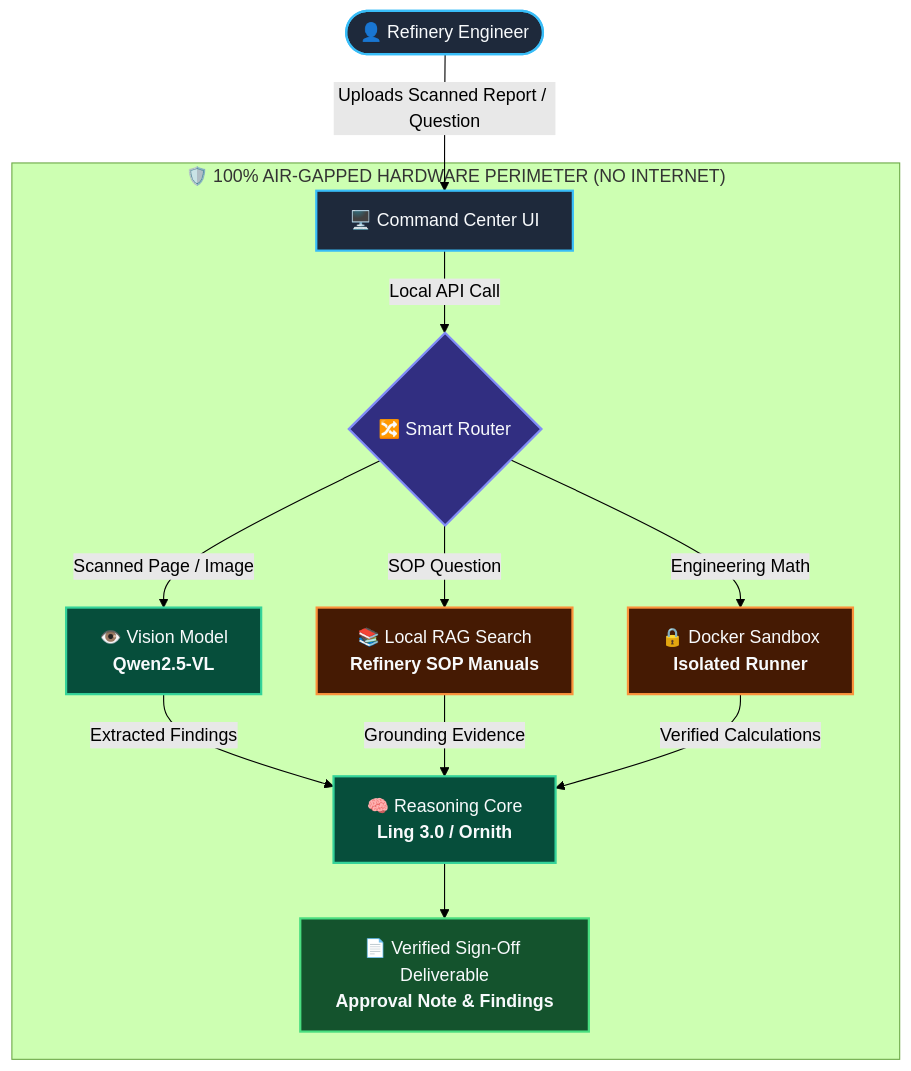
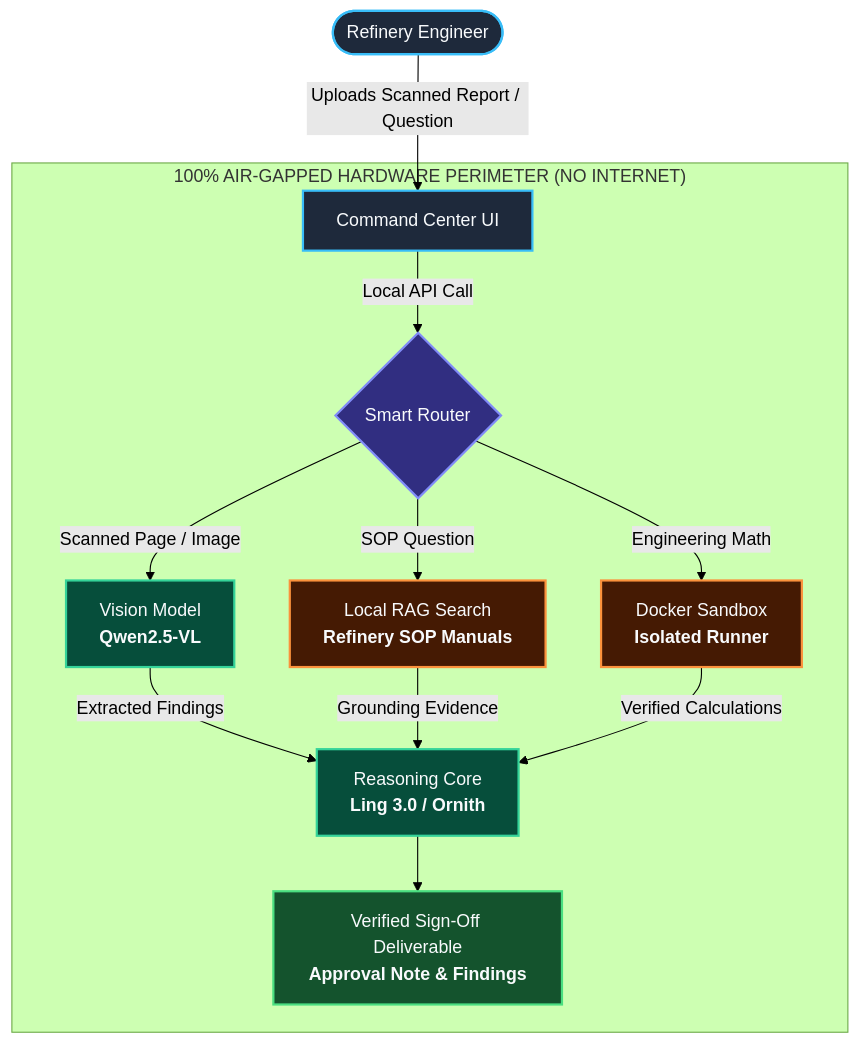
One commit to mevarx/SIH26117 changed the diagram in README.md. Above: the diagram before and after it, drawn with Mermaid (forest theme). The commit also changed other lines of this file, not shown here.

````diff
--- a/README.md
+++ b/README.md
@@ -22,35 +22,35 @@
 ```mermaid
 flowchart TD
     classDef input fill:#1e293b,stroke:#38bdf8,stroke-width:2px,color:#f8fafc;
     classDef router fill:#312e81,stroke:#818cf8,stroke-width:2px,color:#f8fafc;
     classDef model fill:#064e3b,stroke:#34d399,stroke-width:2px,color:#f8fafc;
     classDef tool fill:#451a03,stroke:#fb923c,stroke-width:2px,color:#f8fafc;
     classDef output fill:#14532d,stroke:#4ade80,stroke-width:2px,color:#f8fafc;
 
-    User([👤 Refinery Engineer]):::input -->|Uploads Scanned Report / Question| WebUI[🖥️ Command Center UI]:::input
-    WebUI -->|Local API Call| Router{🔀 Smart Router}:::router
+    User([Refinery Engineer]):::input -->|Uploads Scanned Report / Question| WebUI[Command Center UI]:::input
+    WebUI -->|Local API Call| Router{Smart Router}:::router
 
     %% Capabilities
-    Router -->|Scanned Page / Image| Vision["👁️ Vision Model<br/><b>Qwen2.5-VL</b>"]:::model
-    Router -->|SOP Question| RAG["📚 Local RAG Search<br/><b>Refinery SOP Manuals</b>"]:::tool
-    Router -->|Engineering Math| Sandbox["🔒 Docker Sandbox<br/><b>Isolated Runner</b>"]:::tool
+    Router -->|Scanned Page / Image| Vision["Vision Model<br/><b>Qwen2.5-VL</b>"]:::model
+    Router -->|SOP Question| RAG["Local RAG Search<br/><b>Refinery SOP Manuals</b>"]:::tool
+    Router -->|Engineering Math| Sandbox["Docker Sandbox<br/><b>Isolated Runner</b>"]:::tool
 
     %% Synthesis
-    Vision -->|Extracted Findings| Reasoning["🧠 Reasoning Core<br/><b>Ling 3.0 / Ornith</b>"]:::model
+    Vision -->|Extracted Findings| Reasoning["Reasoning Core<br/><b>Ling 3.0 / Ornith</b>"]:::model
     RAG -->|Grounding Evidence| Reasoning
     Sandbox -->|Verified Calculations| Reasoning
 
     %% Final Deliverable
-    Reasoning --> Deliverable["📄 Verified Sign-Off Deliverable<br/><b>Approval Note & Findings</b>"]:::output
+    Reasoning --> Deliverable["Verified Sign-Off Deliverable<br/><b>Approval Note & Findings</b>"]:::output
 
     %% Air-gap perimeter
-    subgraph AirGap ["  🛡️ 100% AIR-GAPPED HARDWARE PERIMETER (NO INTERNET)  "]
+    subgraph AirGap ["  100% AIR-GAPPED HARDWARE PERIMETER (NO INTERNET)  "]
         WebUI
         Router
         Vision
         Reasoning
         RAG
         Sandbox
         Deliverable
     end
 ```
````
